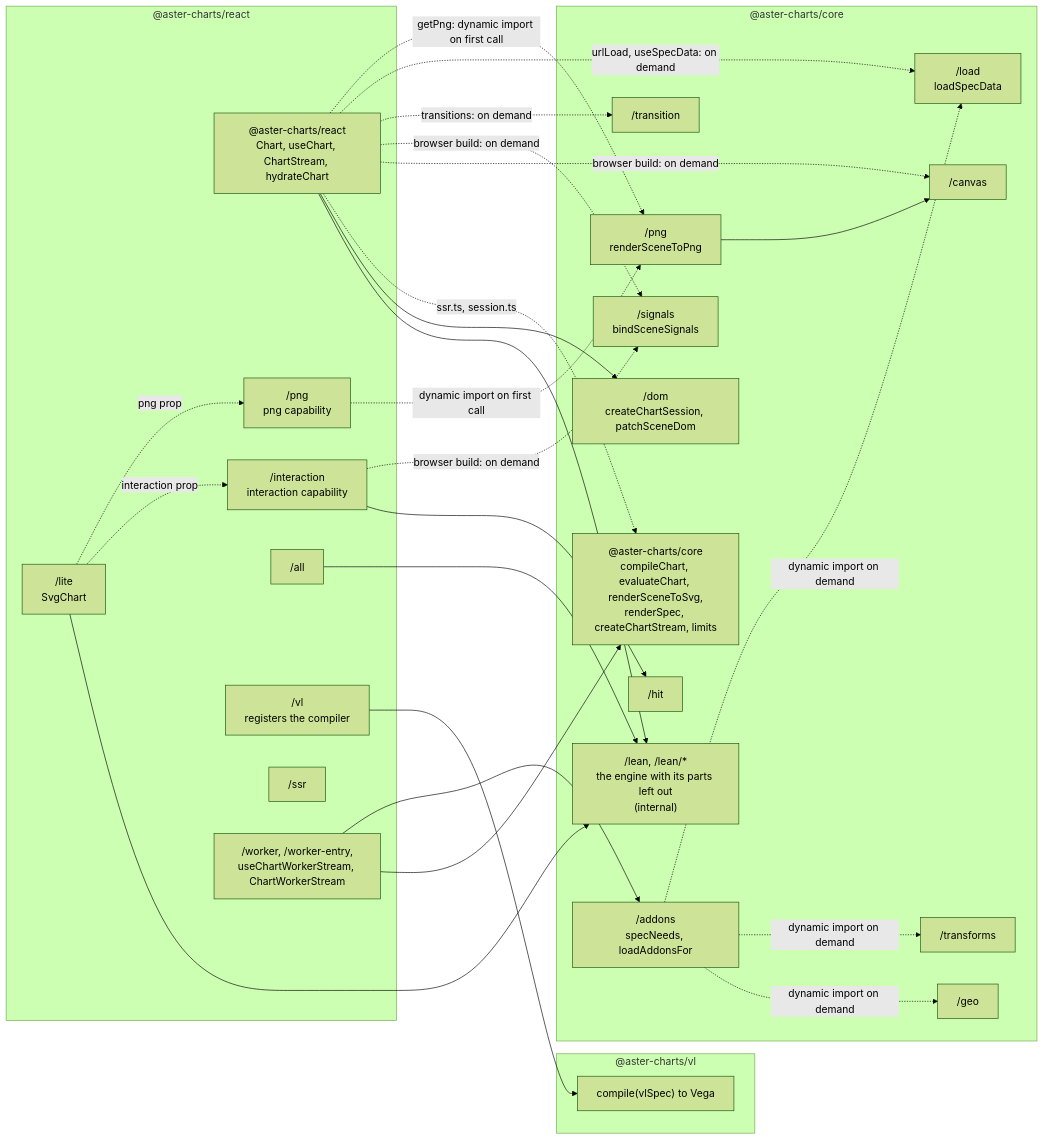
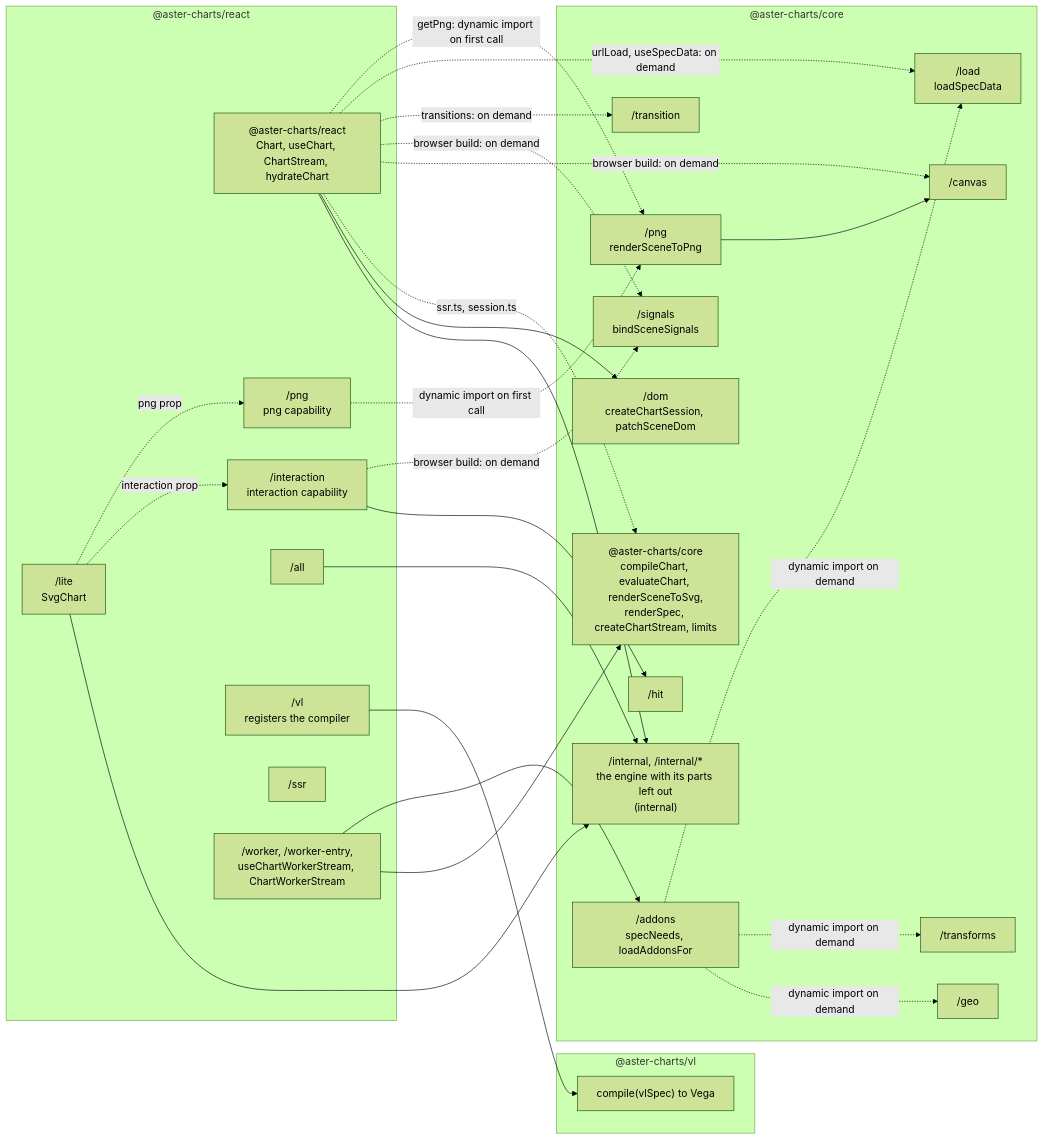
Before and after one commit to mgilbir/aster-react: the first of 3 diagrams in docs/ARCHITECTURE.md, drawn with Mermaid (forest theme). The commit also changed other lines of this file and 99 other files, not shown here.

````diff
--- a/docs/ARCHITECTURE.md
+++ b/docs/ARCHITECTURE.md
@@ -21,48 +21,48 @@
 ```mermaid
 flowchart LR
   subgraph vl["@aster-charts/vl"]
     VLC["compile(vlSpec) to Vega"]
   end
   subgraph core["@aster-charts/core"]
     C0["@aster-charts/core<br/>compileChart, evaluateChart, renderSceneToSvg,<br/>renderSpec, createChartStream, limits"]
-    LEAN["/lean, /lean/*<br/>the engine with its parts left out<br/>(internal)"]
+    LEAN["/internal, /internal/*<br/>the engine with its parts left out<br/>(internal)"]
     DOM["/dom<br/>createChartSession, patchSceneDom"]
     CAN["/canvas"]
     HIT["/hit"]
     SIG["/signals<br/>bindSceneSignals"]
     ADD["/addons<br/>specNeeds, loadAddonsFor"]
     GEO["/geo"]
     TRX["/transforms"]
     LOAD["/load<br/>loadSpecData"]
     PNG["/png<br/>renderSceneToPng"]
     TRN["/transition"]
   end
   subgraph react["@aster-charts/react"]
     R0["@aster-charts/react<br/>Chart, useChart, ChartStream, hydrateChart"]
     LITE["/lite<br/>SvgChart"]
     INT["/interaction<br/>interaction capability"]
     PNGR["/png<br/>png capability"]
     ALL["/all"]
     RVL["/vl<br/>registers the compiler"]
     SSR["/ssr"]
     WK["/worker, /worker-entry,<br/>useChartWorkerStream, ChartWorkerStream"]
   end
   R0 --> LEAN
   LITE --> LEAN
   R0 --> DOM
   R0 -. "ssr.ts, session.ts" .-> C0
   WK --> C0 & ADD
   R0 -. "browser build: on demand" .-> CAN & SIG
   R0 -. "transitions: on demand" .-> TRN
   R0 -. "urlLoad, useSpecData: on demand" .-> LOAD
   INT --> HIT
   INT -. "browser build: on demand" .-> SIG
   LITE -. "interaction prop" .-> INT
   LITE -. "png prop" .-> PNGR
   R0 -. "getPng: dynamic import on first call" .-> PNG
   PNGR -. "dynamic import on first call" .-> PNG
   PNG --> CAN
   ALL --> LEAN
   RVL --> VLC
   ADD -. "dynamic import on demand" .-> GEO & TRX & LOAD
 ```
````
